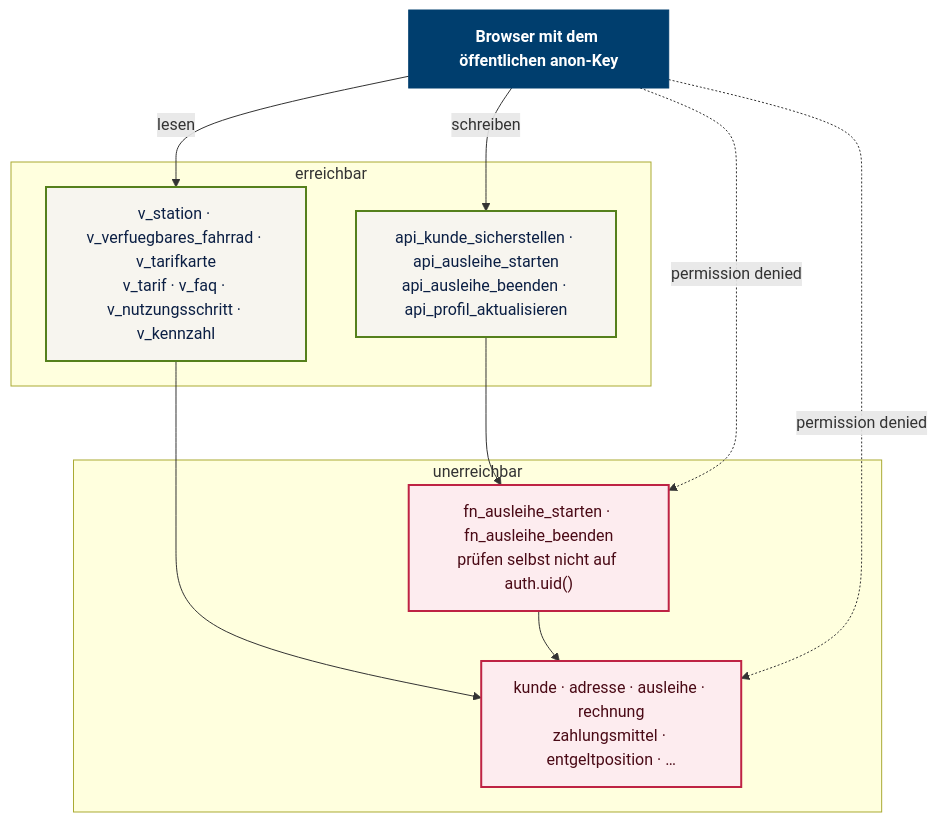
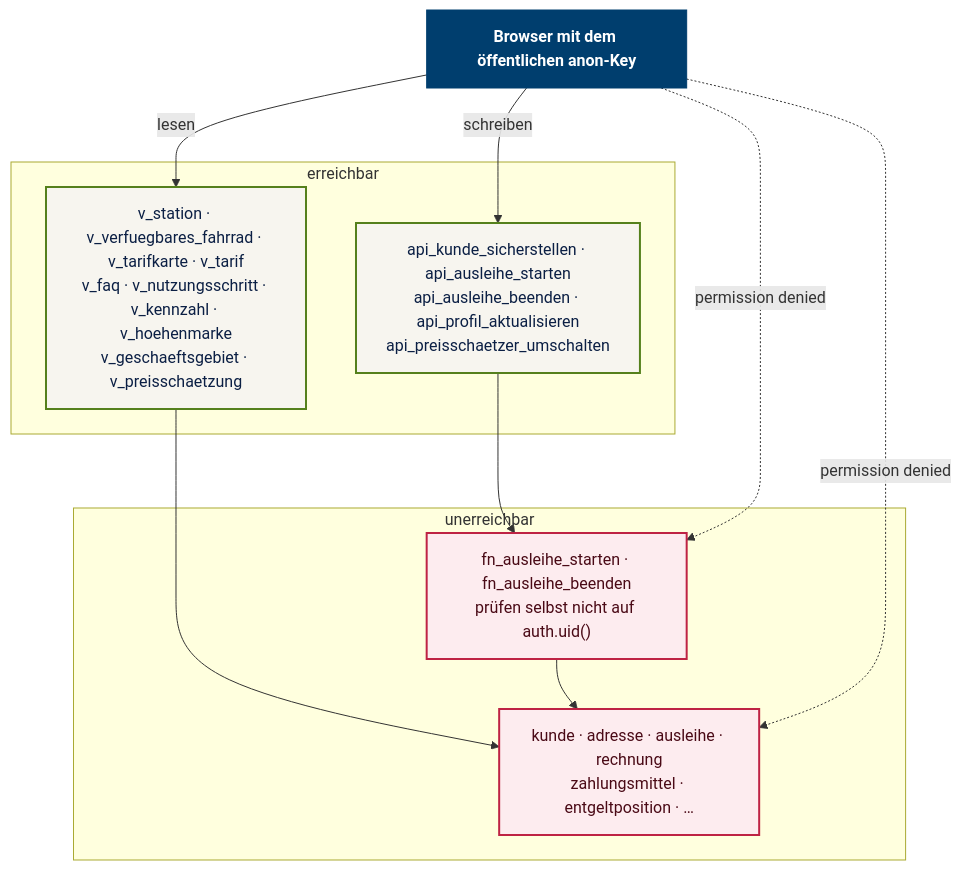
Before and after one commit to swrobuts/velocity-fallstudie: the diagram in doku/datenmodell/erd/sicherheit-schichten.mmd, drawn with Mermaid. The commit also changed 6 other files, not shown here.

First line of the commit message:
fix(erd): drei Diagramme kannten die Preisschaetzung nicht

```diff
--- a/doku/datenmodell/erd/sicherheit-schichten.mmd
+++ b/doku/datenmodell/erd/sicherheit-schichten.mmd
@@ -1,27 +1,27 @@
 flowchart TB
     B["Browser mit dem öffentlichen anon-Key"]
 
     subgraph erlaubt["erreichbar"]
-        V["v_station · v_verfuegbares_fahrrad · v_tarifkarte<br/>v_tarif · v_faq · v_nutzungsschritt · v_kennzahl"]
-        R["api_kunde_sicherstellen · api_ausleihe_starten<br/>api_ausleihe_beenden · api_profil_aktualisieren"]
+        V["v_station · v_verfuegbares_fahrrad · v_tarifkarte · v_tarif<br/>v_faq · v_nutzungsschritt · v_kennzahl · v_hoehenmarke<br/>v_geschaeftsgebiet · v_preisschaetzung"]
+        R["api_kunde_sicherstellen · api_ausleihe_starten<br/>api_ausleihe_beenden · api_profil_aktualisieren<br/>api_preisschaetzer_umschalten"]
     end
 
     subgraph gesperrt["unerreichbar"]
         F["fn_ausleihe_starten · fn_ausleihe_beenden<br/>prüfen selbst nicht auf auth.uid()"]
         T["kunde · adresse · ausleihe · rechnung<br/>zahlungsmittel · entgeltposition · …"]
     end
 
     B -->|"lesen"| V
     B -->|"schreiben"| R
     B -.->|"permission denied"| F
     B -.->|"permission denied"| T
     V --> T
     R --> F
     F --> T
 
     classDef ok fill:#F7F5EF,stroke:#55801C,stroke-width:2px,color:#0B1F44
     classDef nok fill:#FDECEF,stroke:#BE2344,stroke-width:2px,color:#4A0A16
     classDef akteur fill:#003E6E,stroke:#003E6E,color:#FFFFFF,font-weight:bold
     class V,R ok
     class F,T nok
     class B akteur
```
